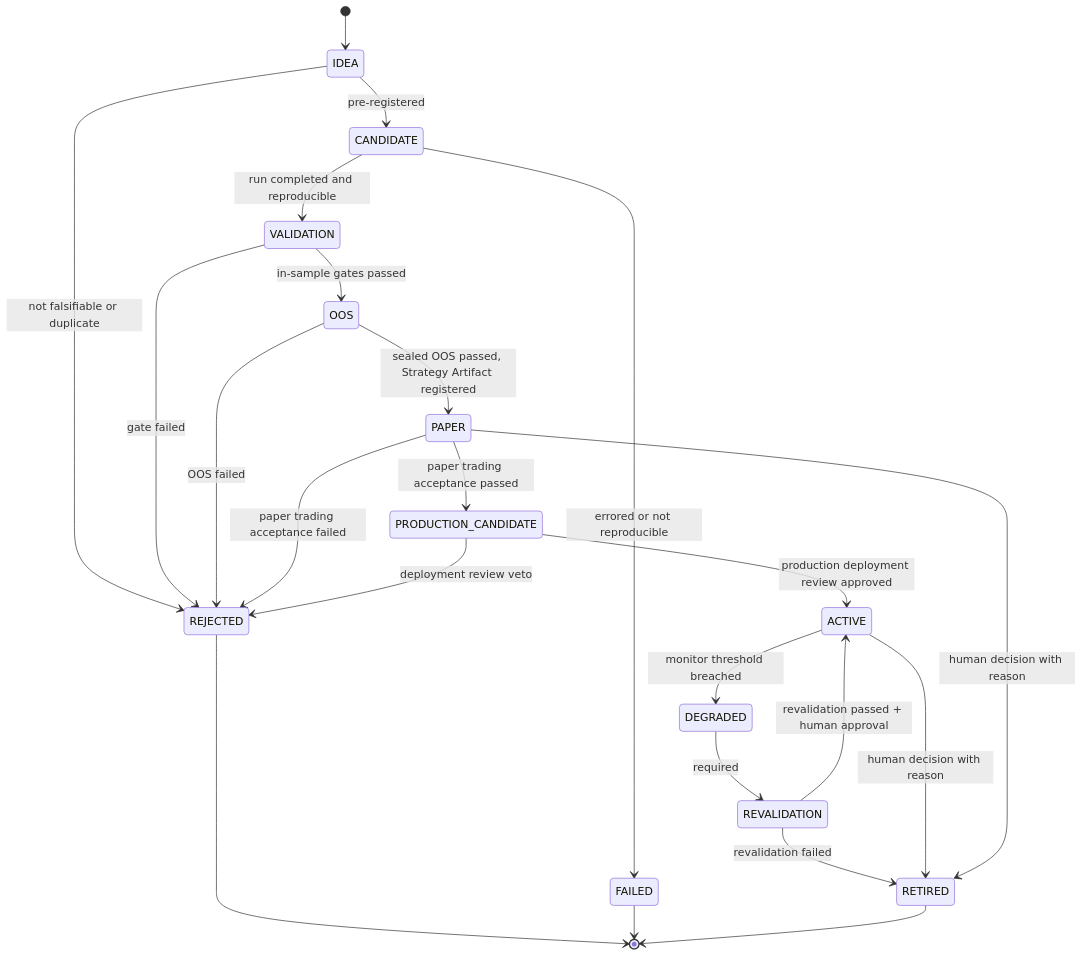
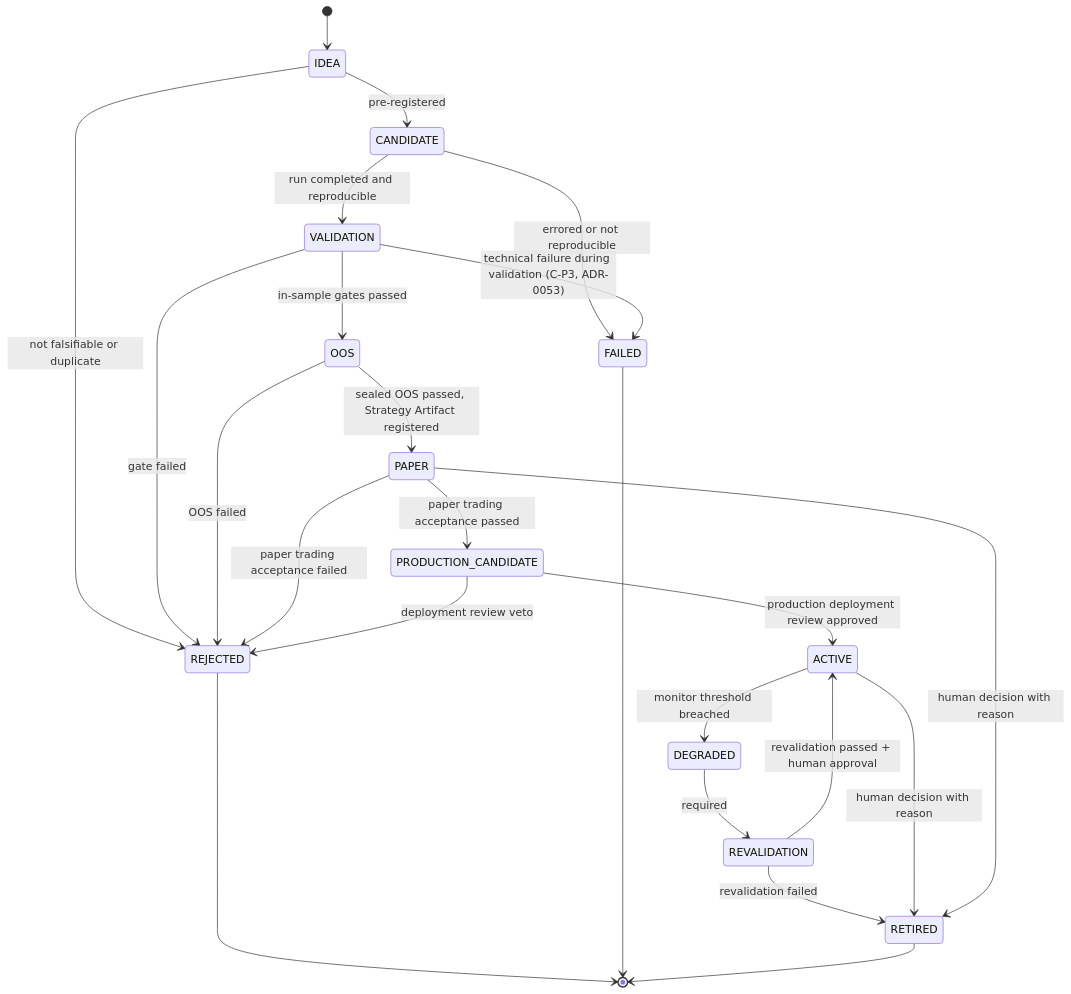
The second of 2 diagrams in docs/architecture/07-validation.md (raphael2025/hlens-autoresearch), drawn with Mermaid before and after one commit. The commit also changed other lines of this file and 13 other files, not shown here.

````diff
--- a/docs/architecture/07-validation.md
+++ b/docs/architecture/07-validation.md
@@ -149,27 +150,28 @@
 ```mermaid
 stateDiagram-v2
     [*] --> IDEA
     IDEA --> CANDIDATE : pre-registered
     CANDIDATE --> VALIDATION : run completed and reproducible
     VALIDATION --> OOS : in-sample gates passed
     OOS --> PAPER : sealed OOS passed, Strategy Artifact registered
     PAPER --> PRODUCTION_CANDIDATE : paper trading acceptance passed
     PRODUCTION_CANDIDATE --> ACTIVE : production deployment review approved
     ACTIVE --> DEGRADED : monitor threshold breached
     DEGRADED --> REVALIDATION : required
     REVALIDATION --> ACTIVE : revalidation passed + human approval
     REVALIDATION --> RETIRED : revalidation failed
     ACTIVE --> RETIRED : human decision with reason
     PAPER --> RETIRED : human decision with reason
 
     IDEA --> REJECTED : not falsifiable or duplicate
     CANDIDATE --> FAILED : errored or not reproducible
+    VALIDATION --> FAILED : technical failure during validation (C-P3, ADR-0053)
     VALIDATION --> REJECTED : gate failed
     OOS --> REJECTED : OOS failed
     PAPER --> REJECTED : paper trading acceptance failed
     PRODUCTION_CANDIDATE --> REJECTED : deployment review veto
 
     REJECTED --> [*]
     FAILED --> [*]
     RETIRED --> [*]
 ```
````
